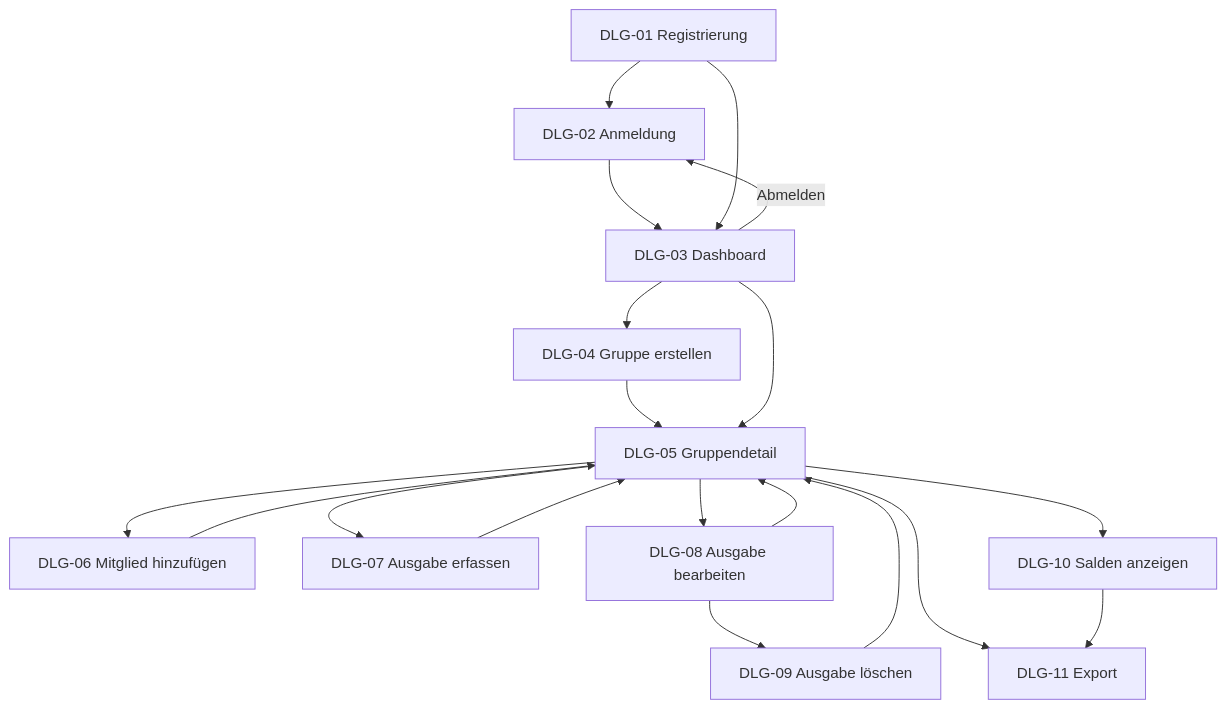
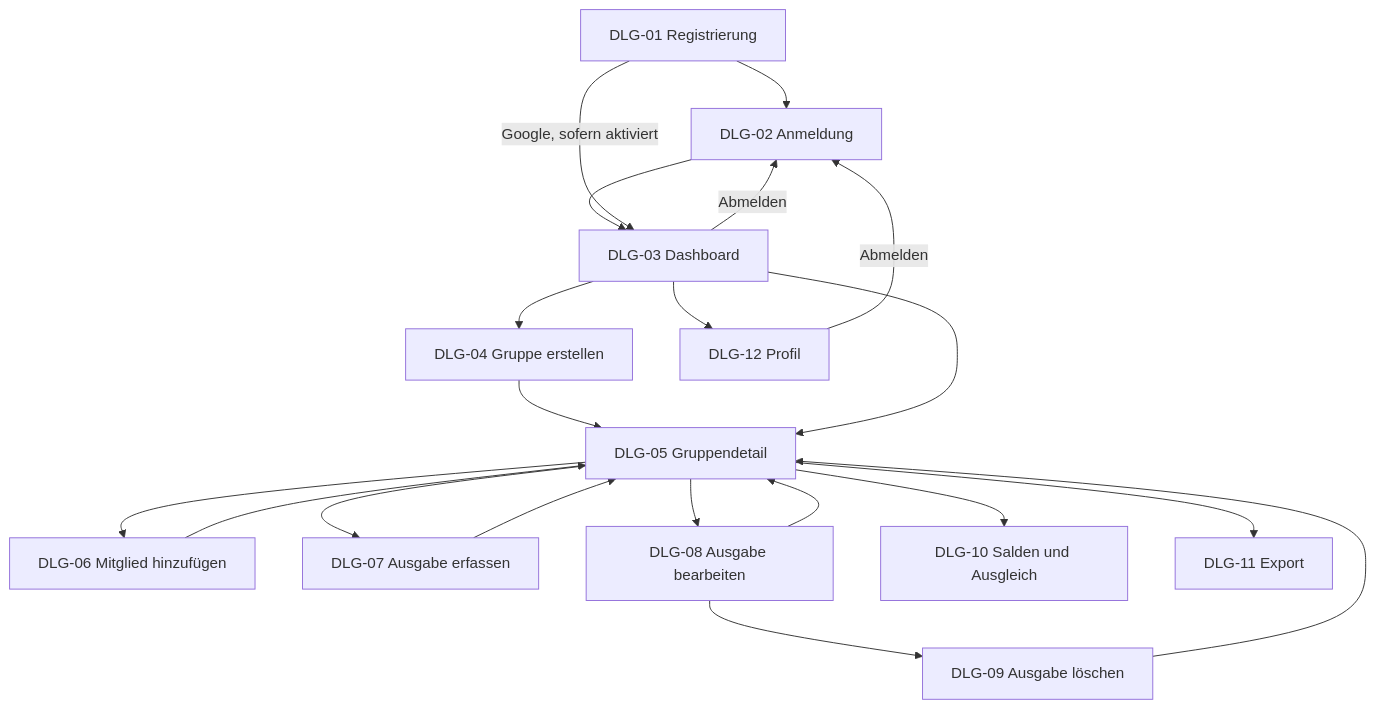
One commit to Bunyamin0101/WK_1106_CampusSplit changed the second of 2 diagrams in Spezifikation/B1_Dialogspezifikation.md. Above: the diagram before and after it, drawn with Mermaid. The commit also changed other lines of this file, not shown here.

````diff
--- a/Spezifikation/B1_Dialogspezifikation.md
+++ b/Spezifikation/B1_Dialogspezifikation.md
@@ -234,25 +525,26 @@
-```mermaid
+``` mermaid
 flowchart TD
     DLG01["DLG-01 Registrierung"] --> DLG02["DLG-02 Anmeldung"]
     DLG02 --> DLG03["DLG-03 Dashboard"]
-    DLG01 --> DLG03
+    DLG01 -->|Google, sofern aktiviert| DLG03
 
     DLG03 --> DLG04["DLG-04 Gruppe erstellen"]
     DLG04 --> DLG05["DLG-05 Gruppendetail"]
     DLG03 --> DLG05
+    DLG03 --> DLG12["DLG-12 Profil"]
 
     DLG05 --> DLG06["DLG-06 Mitglied hinzufügen"]
     DLG05 --> DLG07["DLG-07 Ausgabe erfassen"]
     DLG05 --> DLG08["DLG-08 Ausgabe bearbeiten"]
     DLG08 --> DLG09["DLG-09 Ausgabe löschen"]
-    DLG05 --> DLG10["DLG-10 Salden anzeigen"]
+    DLG05 --> DLG10["DLG-10 Salden und Ausgleich"]
     DLG05 --> DLG11["DLG-11 Export"]
-    DLG10 --> DLG11
 
     DLG06 --> DLG05
     DLG07 --> DLG05
     DLG08 --> DLG05
     DLG09 --> DLG05
 
     DLG03 -->|Abmelden| DLG02
+    DLG12 -->|Abmelden| DLG02
 ```
````
